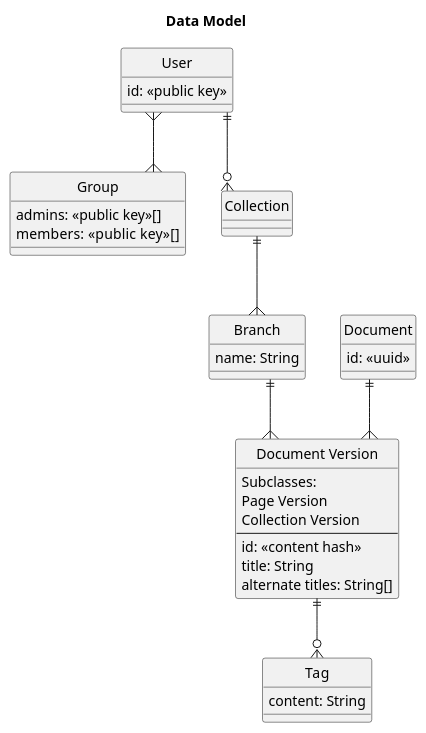
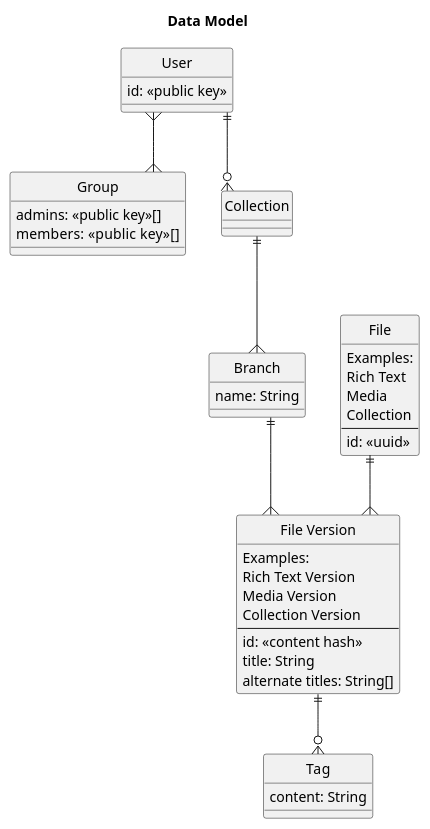
One commit to wikinodes-net/wikinodes changed the first of 3 diagrams in README.md. Above: the diagram before and after it, drawn with PlantUML. The commit also changed other lines of this file, not shown here.

````diff
--- a/README.md
+++ b/README.md
@@ -93,43 +105,49 @@
 ```plantuml
 title Data Model
 hide circle
 skinparam linetype ortho
 
 entity User {
     id: <<public key>>
 }
 
 entity Group {
     admins: <<public key>>[]
     members:  <<public key>>[]
 }
 
 entity Branch {
     name: String
 }
 
-entity Document {
+entity File {
+    Examples:
+    Rich Text
+    Media
+    Collection
+    ---
     id: <<uuid>>
 }
 
 entity Tag {
     content: String
 }
 
-entity "Document Version" {
-    Subclasses:
-    Page Version
+entity "File Version" {
+    Examples:
+    Rich Text Version
+    Media Version
     Collection Version
     ---
     id: <<content hash>>
     title: String
     alternate titles: String[]
 }
 
-"Document Version" ||--o{ Tag
+"File Version" ||--o{ Tag
 User }--{ Group
 User ||--o{ Collection
 Collection ||--{ Branch
-Branch ||--{ "Document Version"
-Document ||--{ "Document Version"
+Branch ||--{ "File Version"
+File ||--{ "File Version"
 ```
````
